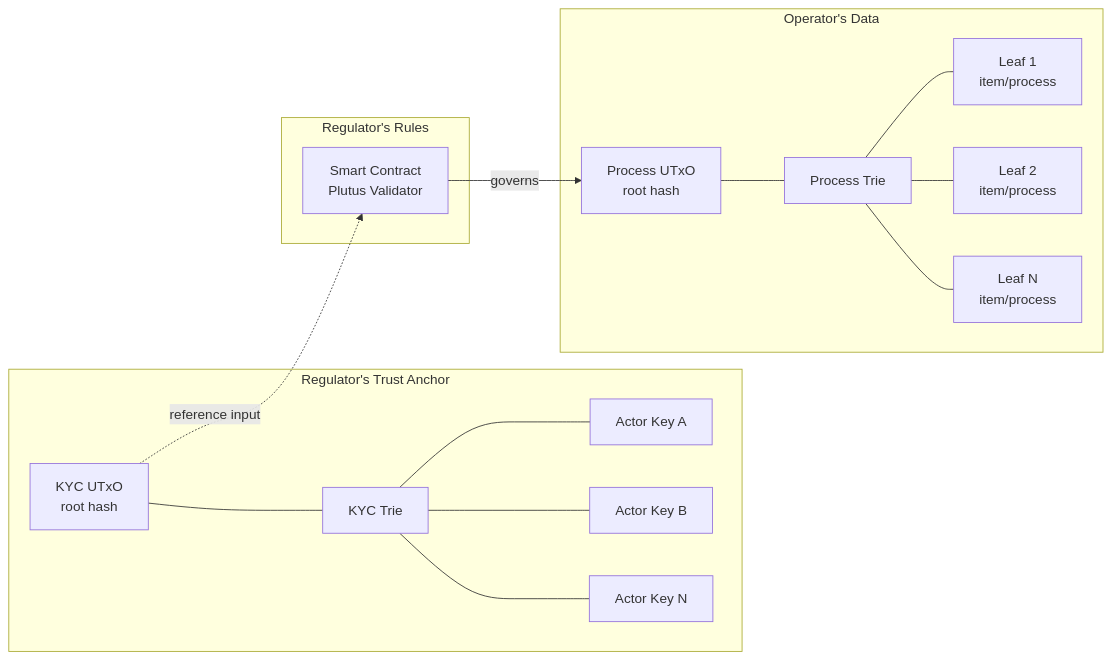
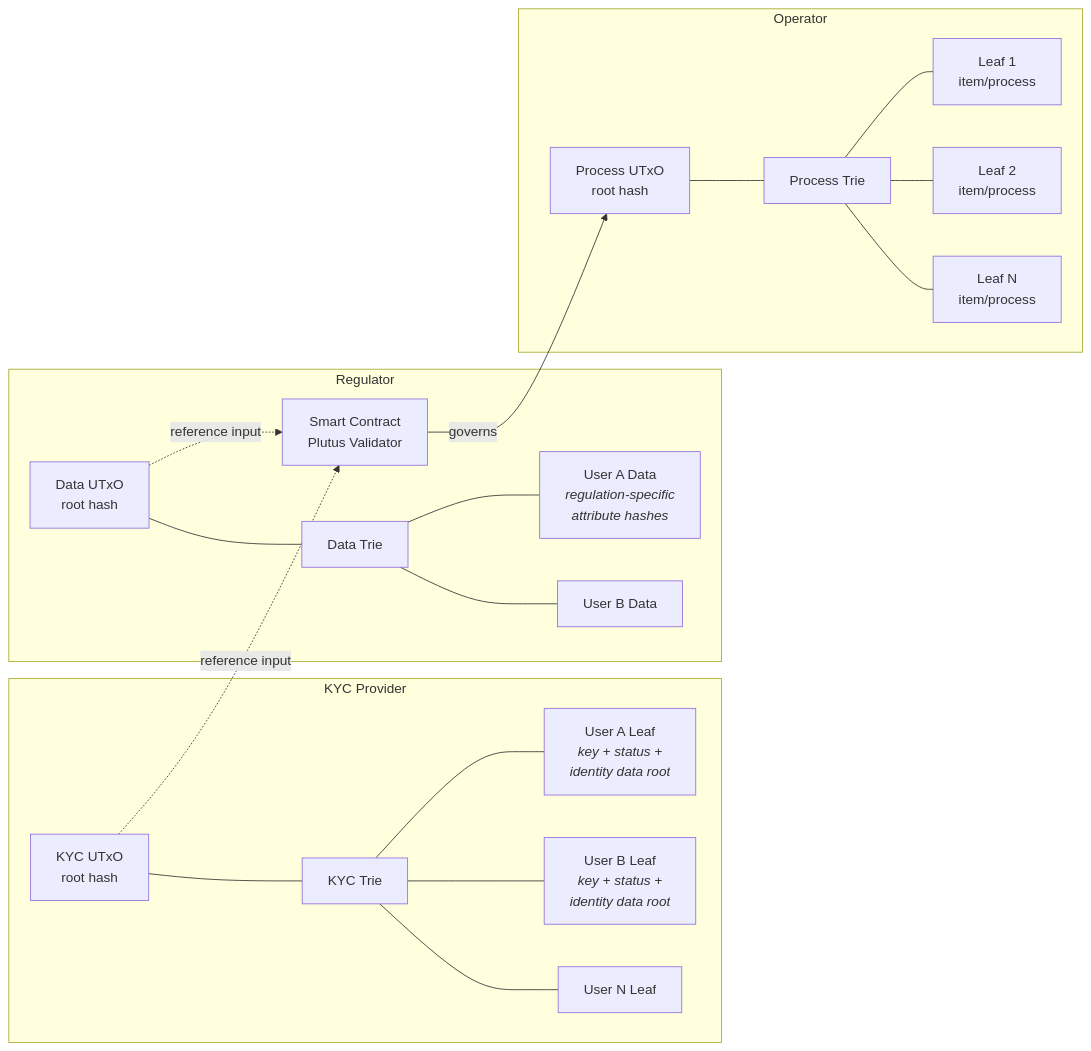
Before and after one commit to lambdasistemi/cardano-for-regulators: the second of 19 diagrams in docs/framework/schema.md, drawn with Mermaid. The commit also changed other lines of this file, not shown here.

First line of the commit message:
docs: refine KYC role, user sovereignty, and data disclosure model

````diff
--- a/docs/framework/schema.md
+++ b/docs/framework/schema.md
@@ -42,27 +44,33 @@
 ```mermaid
 graph LR
-    subgraph Regulator's Trust Anchor
+    subgraph KYC Provider
         KYC_UTxO[KYC UTxO<br/>root hash]
         KYC_T[KYC Trie]
         KYC_UTxO --- KYC_T
-        KYC_T --- K1[Actor Key A]
-        KYC_T --- K2[Actor Key B]
-        KYC_T --- K3[Actor Key N]
+        KYC_T --- K1[User A Leaf<br/><i>key + status +<br/>identity data root</i>]
+        KYC_T --- K2[User B Leaf<br/><i>key + status +<br/>identity data root</i>]
+        KYC_T --- K3[User N Leaf]
     end
 
-    subgraph Operator's Data
+    subgraph Regulator
+        REG_UTxO[Data UTxO<br/>root hash]
+        REG_T[Data Trie]
+        REG_UTxO --- REG_T
+        REG_T --- D1[User A Data<br/><i>regulation-specific<br/>attribute hashes</i>]
+        REG_T --- D2[User B Data]
+        SC[Smart Contract<br/>Plutus Validator]
+    end
+
+    subgraph Operator
         OP_UTxO[Process UTxO<br/>root hash]
         OP_T[Process Trie]
         OP_UTxO --- OP_T
         OP_T --- L1[Leaf 1<br/>item/process]
         OP_T --- L2[Leaf 2<br/>item/process]
         OP_T --- L3[Leaf N<br/>item/process]
     end
 
-    subgraph Regulator's Rules
-        SC[Smart Contract<br/>Plutus Validator]
-    end
-
     SC -->|governs| OP_UTxO
     KYC_UTxO -.->|reference input| SC
+    REG_UTxO -.->|reference input| SC
 ```
````
